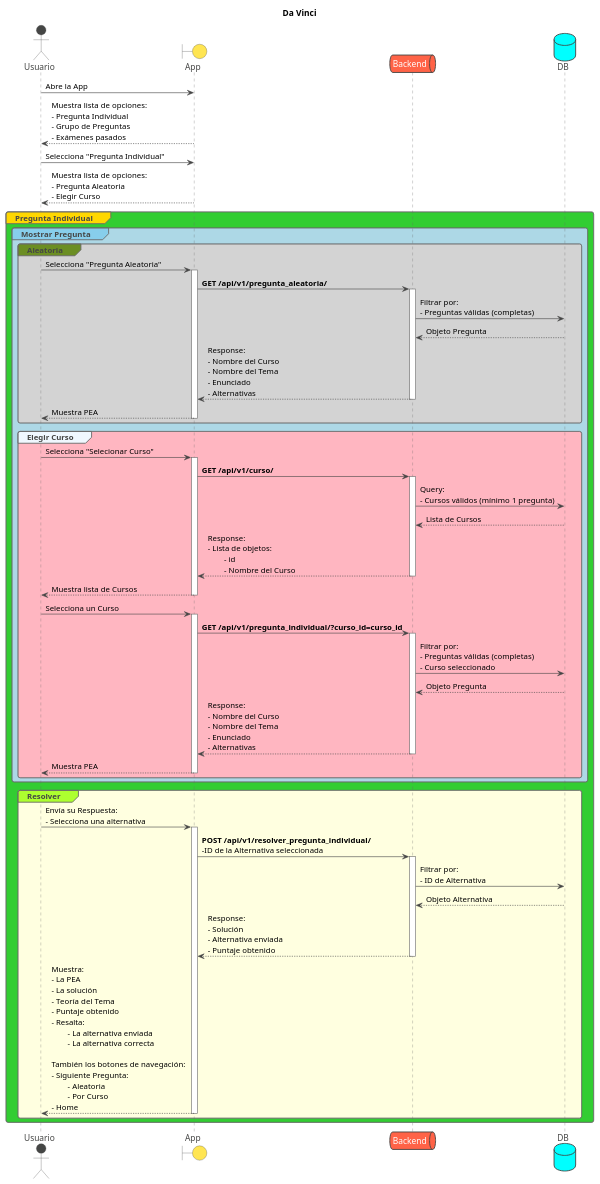
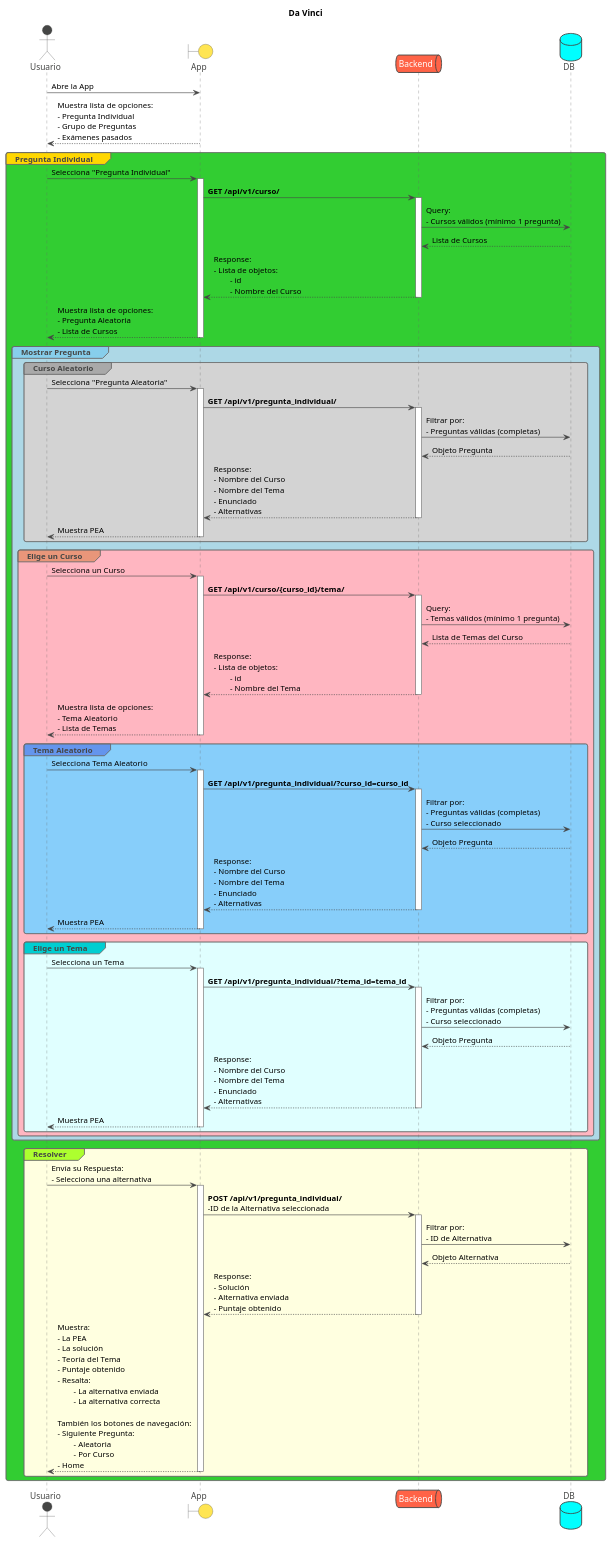
The diagram in docs/sequence/interactions.wsd (SrFuego/da-vinci), drawn with PlantUML before and after one commit. The commit also changed 4 other files, not shown here.

Commit message:
ADD diagramas de secuencia para Pregunta individual por tema

```diff
--- a/docs/sequence/interactions.wsd
+++ b/docs/sequence/interactions.wsd
@@ -1,69 +1,93 @@
 @startuml Da Vinci
 !theme vibrant
 
 title Da Vinci
 
 actor Usuario
 boundary App
 queue Backend
 database DB
 
 
 Usuario -> App: Abre la App
 Usuario <-- App: Muestra lista de opciones: \n- Pregunta Individual \n- Grupo de Preguntas \n- Exámenes pasados
+group#Gold  #LimeGreen Pregunta Individual
 Usuario -> App: Selecciona "Pregunta Individual"
-Usuario <-- App: Muestra lista de opciones: \n- Pregunta Aleatoria \n- Elegir Curso
+activate App
+    App -> Backend: **GET /api/v1/curso/**
+        activate Backend
+            Backend -> DB: Query: \n- Cursos válidos (mínimo 1 pregunta)
+            Backend <-- DB: Lista de Cursos
+            App <-- Backend: Response: \n- Lista de objetos:\n\t- id \n\t- Nombre del Curso 
+        deactivate Backend
+    Usuario <-- App: Muestra lista de opciones: \n- Pregunta Aleatoria \n- Lista de Cursos
+deactivate App
 
-group#Gold  #LimeGreen Pregunta Individual
     group#SkyBlue #LightBlue Mostrar Pregunta
-        group#OliveDrab #LightGray Aleatoria
+        group#DarkGray #LightGray Curso Aleatorio
             Usuario -> App: Selecciona "Pregunta Aleatoria"
             activate App
-                App -> Backend: **GET /api/v1/pregunta_aleatoria/**
+                App -> Backend: **GET /api/v1/pregunta_individual/**
                 activate Backend
                     Backend -> DB: Filtrar por: \n- Preguntas válidas (completas)
                     Backend <-- DB: Objeto Pregunta
                     App <-- Backend: Response: \n- Nombre del Curso \n- Nombre del Tema \n- Enunciado \n- Alternativas
                 deactivate Backend
                 Usuario <-- App: Muestra PEA
             deactivate App
         end
 
-        group#AliceBlue #LightPink Elegir Curso
-            Usuario -> App: Selecciona "Selecionar Curso"
-            activate App
-                App -> Backend: **GET /api/v1/curso/**
-                activate Backend
-                    Backend -> DB: Query: \n- Cursos válidos (mínimo 1 pregunta)
-                    Backend <-- DB: Lista de Cursos
-                    App <-- Backend: Response: \n- Lista de objetos:\n\t- id \n\t- Nombre del Curso 
-                deactivate Backend
-                Usuario <-- App: Muestra lista de Cursos
-            deactivate App
+        group#DarkSalmon #LightPink Elige un Curso
             Usuario -> App: Selecciona un Curso
             activate App
-                App -> Backend: **GET /api/v1/pregunta_individual/?curso_id=curso_id**
-                activate Backend
-                    Backend -> DB: Filtrar por: \n- Preguntas válidas (completas)\n- Curso seleccionado
-                    Backend <-- DB: Objeto Pregunta
-                    App <-- Backend: Response: \n- Nombre del Curso \n- Nombre del Tema \n- Enunciado \n- Alternativas
-                deactivate Backend
-                Usuario <-- App: Muestra PEA
+                App -> Backend: **GET /api/v1/curso/{curso_id}/tema/**
+                    activate Backend
+                        Backend -> DB: Query: \n- Temas válidos (mínimo 1 pregunta)
+                        Backend <-- DB: Lista de Temas del Curso
+                        App <-- Backend: Response: \n- Lista de objetos:\n\t- id \n\t- Nombre del Tema 
+                    deactivate Backend
+                Usuario <-- App: Muestra lista de opciones: \n- Tema Aleatorio \n- Lista de Temas
             deactivate App
+
+            group#CornflowerBlue #LightSkyBlue Tema Aleatorio
+                Usuario -> App: Selecciona Tema Aleatorio
+                activate App
+                    App -> Backend: **GET /api/v1/pregunta_individual/?curso_id=curso_id**
+                    activate Backend
+                        Backend -> DB: Filtrar por: \n- Preguntas válidas (completas)\n- Curso seleccionado
+                        Backend <-- DB: Objeto Pregunta
+                        App <-- Backend: Response: \n- Nombre del Curso \n- Nombre del Tema \n- Enunciado \n- Alternativas
+                    deactivate Backend
+                    Usuario <-- App: Muestra PEA
+                deactivate App
+            end
+
+            group#DarkTurquoise #LightCyan Elige un Tema
+                Usuario -> App: Selecciona un Tema
+                activate App
+                    App -> Backend: **GET /api/v1/pregunta_individual/?tema_id=tema_id**
+                    activate Backend
+                        Backend -> DB: Filtrar por: \n- Preguntas válidas (completas)\n- Curso seleccionado
+                        Backend <-- DB: Objeto Pregunta
+                        App <-- Backend: Response: \n- Nombre del Curso \n- Nombre del Tema \n- Enunciado \n- Alternativas
+                    deactivate Backend
+                    Usuario <-- App: Muestra PEA
+                deactivate App
+            end
         end
     end
 
     group#GreenYellow #LightYellow Resolver
         Usuario -> App: Envía su Respuesta: \n- Selecciona una alternativa
         activate App
-            App -> Backend: **POST /api/v1/resolver_pregunta_individual/** \n-ID de la Alternativa seleccionada
+            App -> Backend: **POST /api/v1/pregunta_individual/** \n-ID de la Alternativa seleccionada
             activate Backend
                 Backend -> DB: Filtrar por: \n- ID de Alternativa
                 Backend <-- DB: Objeto Alternativa
                 App <-- Backend: Response: \n- Solución \n- Alternativa enviada \n- Puntaje obtenido
             deactivate Backend
             Usuario <-- App: Muestra: \n- La PEA \n- La solución \n- Teoría del Tema \n- Puntaje obtenido \n- Resalta: \n\t- La alternativa enviada \n\t- La alternativa correcta \n\nTambién los botones de navegación: \n- Siguiente Pregunta:\n\t- Aleatoria\n\t- Por Curso \n- Home
         deactivate App
     end
 end
 @enduml
```
